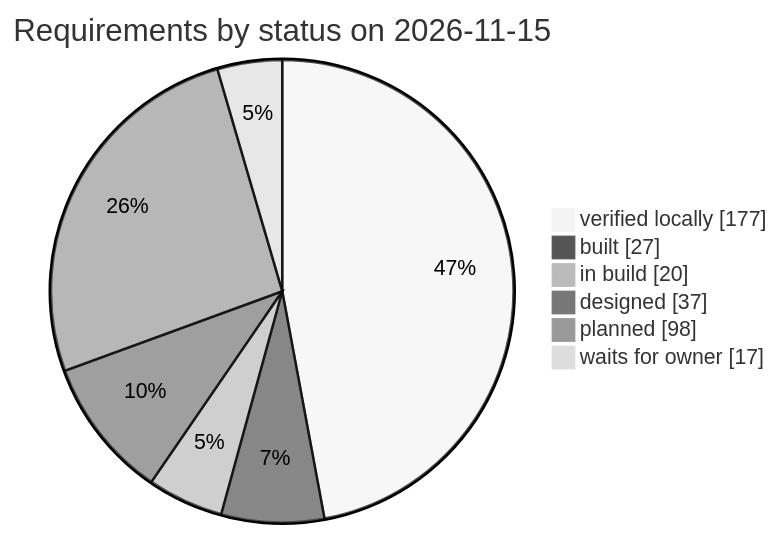
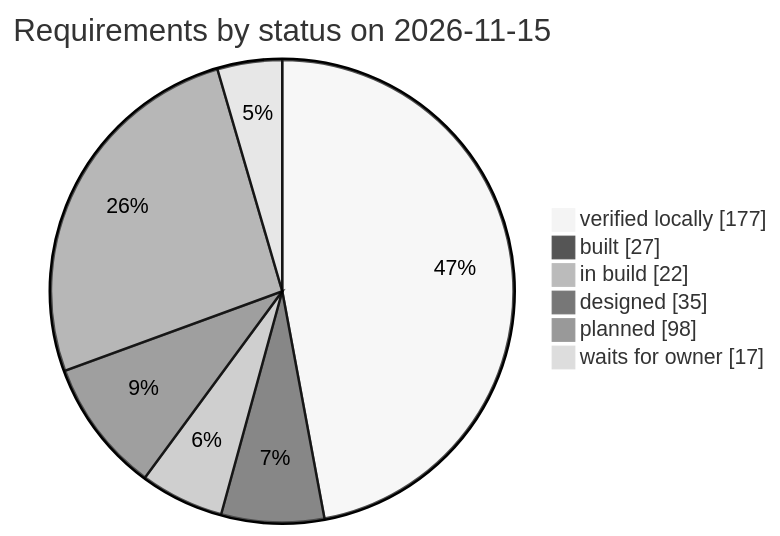
One commit to qa-io-vn/fnb-manager changed the third of 3 diagrams in docs/requirements.md. Above: the diagram before and after it, drawn with Mermaid (neutral theme). The commit also changed other lines of this file and 13 other files, not shown here.

````diff
--- a/docs/requirements.md
+++ b/docs/requirements.md
@@ -982,10 +982,10 @@
 ```mermaid
 pie showData
     title Requirements by status on 2026-11-15
     "verified locally" : 177
     "built" : 27
-    "in build" : 20
-    "designed" : 37
+    "in build" : 22
+    "designed" : 35
     "planned" : 98
     "waits for owner" : 17
 ```
````
